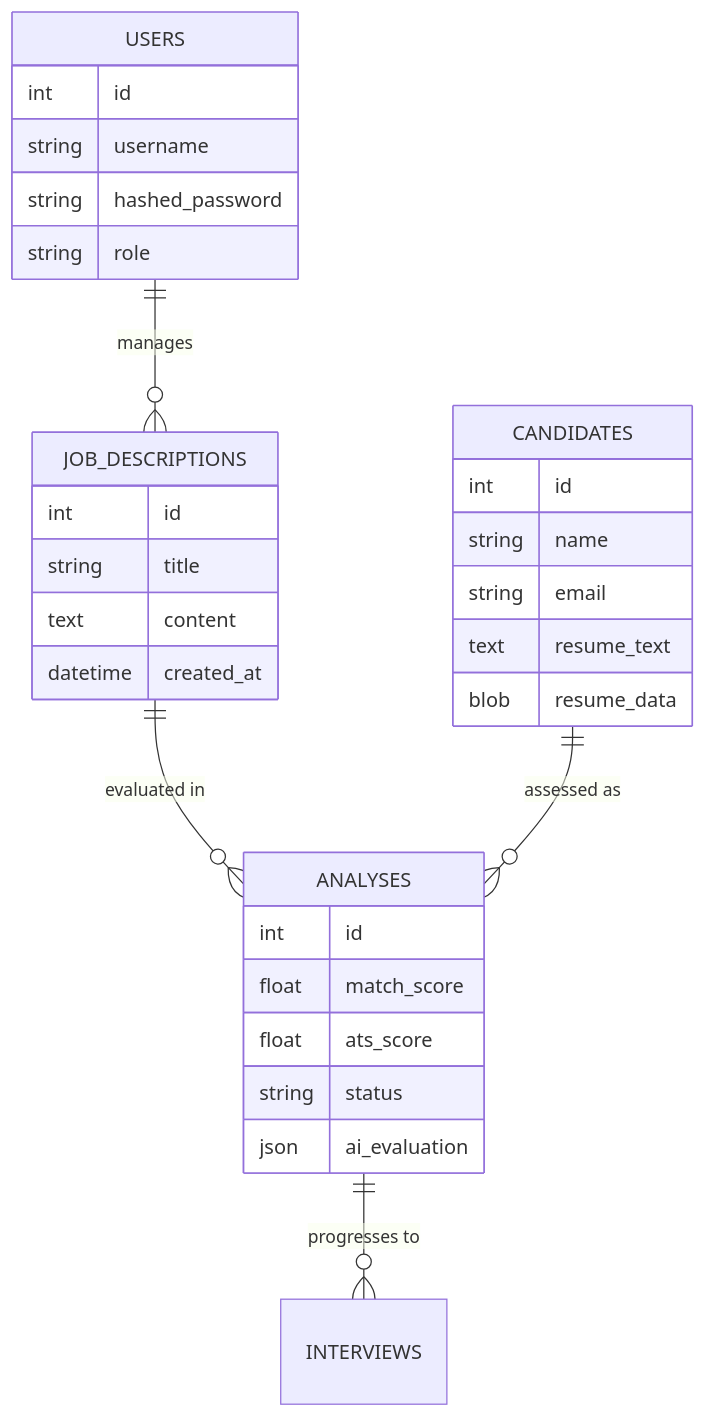
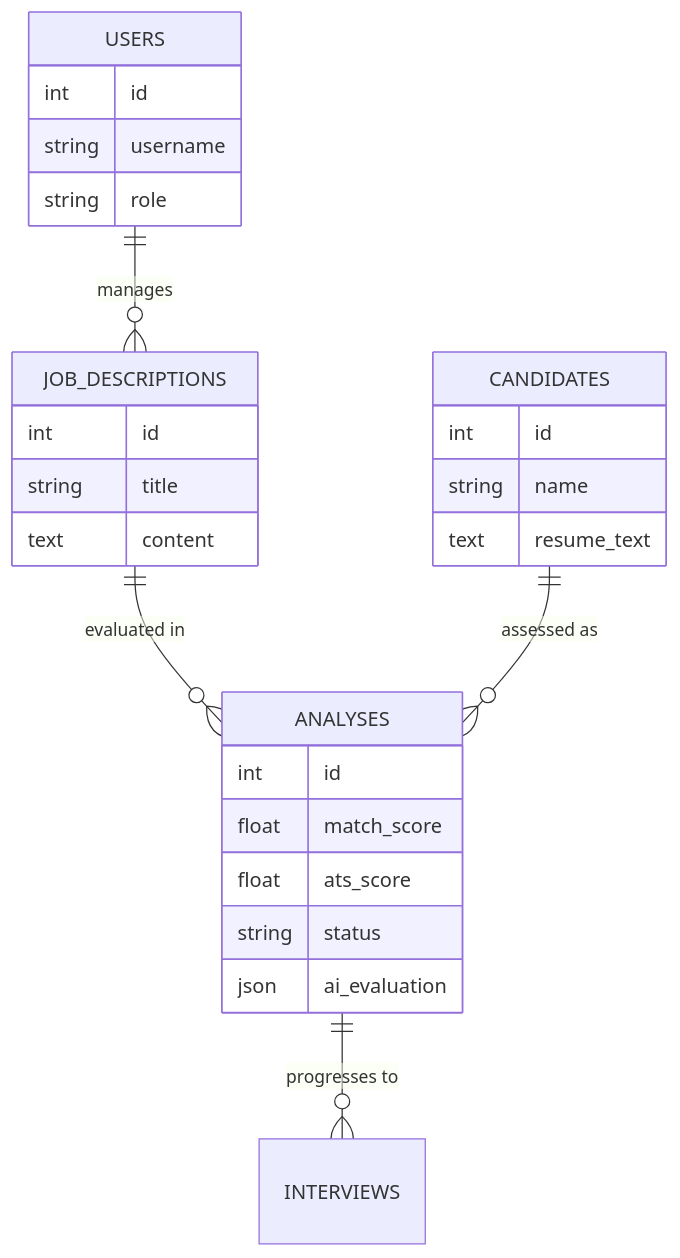
Before and after one commit to pasang1554/AI-Powered-Resume-Screening-Ranking-System: the second of 2 diagrams in SmartResumeMatcher/PROJECT_REPORT.md, drawn with Mermaid. The commit also changed other lines of this file and 85 other files, not shown here.

````diff
--- a/SmartResumeMatcher/PROJECT_REPORT.md
+++ b/SmartResumeMatcher/PROJECT_REPORT.md
@@ -132,34 +170,30 @@
 ```mermaid
 erDiagram
     USERS ||--o{ JOB_DESCRIPTIONS : "manages"
     JOB_DESCRIPTIONS ||--o{ ANALYSES : "evaluated in"
     CANDIDATES ||--o{ ANALYSES : "assessed as"
     ANALYSES ||--o{ INTERVIEWS : "progresses to"
     
     USERS {
         int id
         string username
-        string hashed_password
         string role
     }
     JOB_DESCRIPTIONS {
         int id
         string title
         text content
-        datetime created_at
     }
     CANDIDATES {
         int id
         string name
-        string email
         text resume_text
-        blob resume_data
     }
     ANALYSES {
         int id
         float match_score
         float ats_score
         string status
         json ai_evaluation
     }
 ```
````
